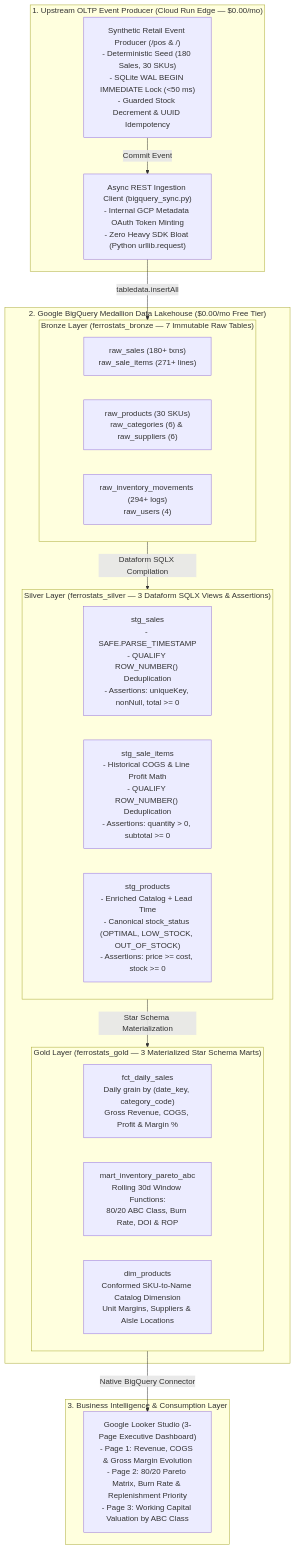
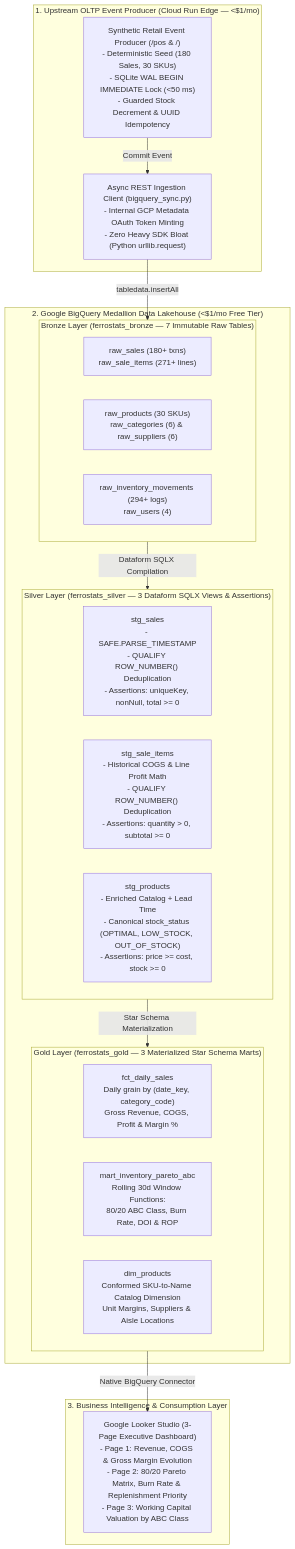
Before and after one commit to bapatata688/Ferrostats: the diagram in README.md, drawn with Mermaid. The commit also changed other lines of this file and 2 other files, not shown here.

````diff
--- a/README.md
+++ b/README.md
@@ -47,37 +47,37 @@
 ```mermaid
 flowchart TD
-    subgraph SOURCE["1. Upstream OLTP Event Producer (Cloud Run Edge — $0.00/mo)"]
+    subgraph SOURCE["1. Upstream OLTP Event Producer (Cloud Run Edge — <$1/mo)"]
         SIM["Synthetic Retail Event Producer (/pos & /)\n- Deterministic Seed (180 Sales, 30 SKUs)\n- SQLite WAL BEGIN IMMEDIATE Lock (<50 ms)\n- Guarded Stock Decrement & UUID Idempotency"]
         STREAM["Async REST Ingestion Client (bigquery_sync.py)\n- Internal GCP Metadata OAuth Token Minting\n- Zero Heavy SDK Bloat (Python urllib.request)"]
     end
 
-    subgraph LAKEHOUSE["2. Google BigQuery Medallion Data Lakehouse ($0.00/mo Free Tier)"]
+    subgraph LAKEHOUSE["2. Google BigQuery Medallion Data Lakehouse (<$1/mo Free Tier)"]
         subgraph BRONZE["Bronze Layer (ferrostats_bronze — 7 Immutable Raw Tables)"]
             B1["raw_sales (180+ txns)\nraw_sale_items (271+ lines)"]
             B2["raw_products (30 SKUs)\nraw_categories (6) & raw_suppliers (6)"]
             B3["raw_inventory_movements (294+ logs)\nraw_users (4)"]
         end
 
         subgraph SILVER["Silver Layer (ferrostats_silver — 3 Dataform SQLX Views & Assertions)"]
             S1["stg_sales\n- SAFE.PARSE_TIMESTAMP\n- QUALIFY ROW_NUMBER() Deduplication\n- Assertions: uniqueKey, nonNull, total >= 0"]
             S2["stg_sale_items\n- Historical COGS & Line Profit Math\n- QUALIFY ROW_NUMBER() Deduplication\n- Assertions: quantity > 0, subtotal >= 0"]
             S3["stg_products\n- Enriched Catalog + Lead Time\n- Canonical stock_status (OPTIMAL, LOW_STOCK, OUT_OF_STOCK)\n- Assertions: price >= cost, stock >= 0"]
         end
 
         subgraph GOLD["Gold Layer (ferrostats_gold — 3 Materialized Star Schema Marts)"]
             G1["fct_daily_sales\nDaily grain by (date_key, category_code)\nGross Revenue, COGS, Profit & Margin %"]
             G2["mart_inventory_pareto_abc\nRolling 30d Window Functions:\n80/20 ABC Class, Burn Rate, DOI & ROP"]
             G3["dim_products\nConformed SKU-to-Name Catalog Dimension\nUnit Margins, Suppliers & Aisle Locations"]
         end
     end
 
     subgraph BI["3. Business Intelligence & Consumption Layer"]
         LOOKER["Google Looker Studio (3-Page Executive Dashboard)\n- Page 1: Revenue, COGS & Gross Margin Evolution\n- Page 2: 80/20 Pareto Matrix, Burn Rate & Replenishment Priority\n- Page 3: Working Capital Valuation by ABC Class"]
     end
 
     SIM -->|Commit Event| STREAM
     STREAM -->|tabledata.insertAll| BRONZE
     BRONZE -->|Dataform SQLX Compilation| SILVER
     SILVER -->|Star Schema Materialization| GOLD
     GOLD -->|Native BigQuery Connector| LOOKER
 ```
````
